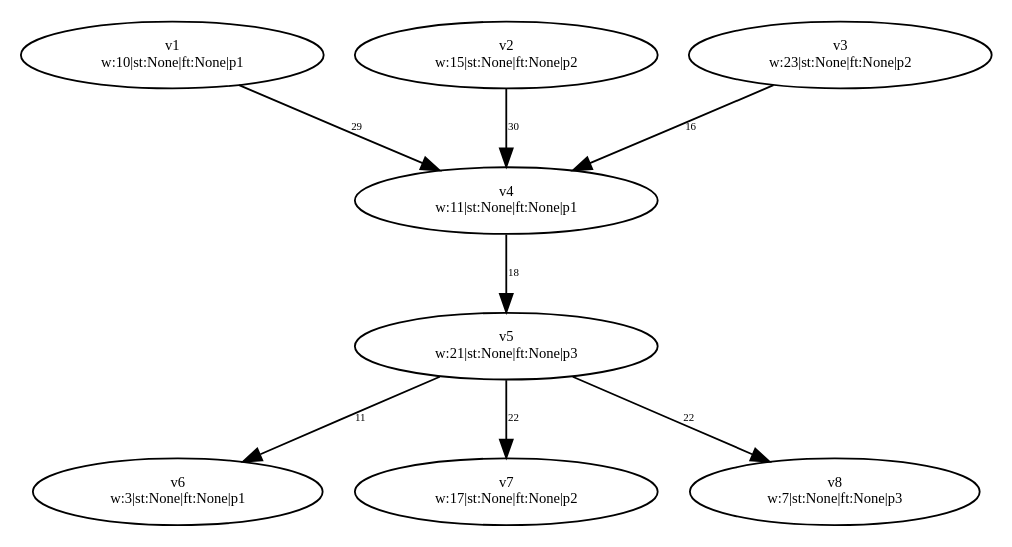
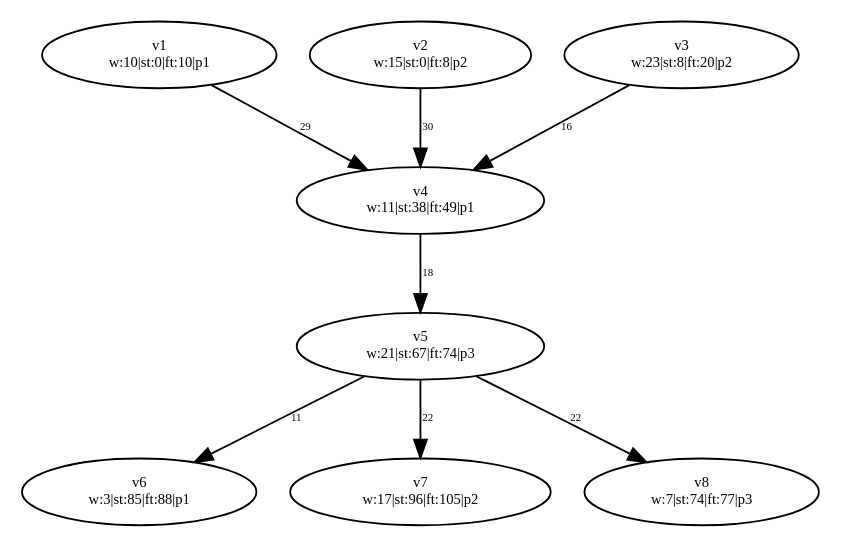
Before and after one commit to dexters1/Task-Scheduling-Based-on-Genetic-Algorithms: the diagram in PythonApplication1/PythonApplication1/test-output/slika_3.gv, drawn with Graphviz. The commit also changed 42 other files, not shown here.

Commit message:
Ostaje unitTestiranje za citav Graph i Processor module

```diff
--- a/PythonApplication1/PythonApplication1/test-output/slika_3.gv
+++ b/PythonApplication1/PythonApplication1/test-output/slika_3.gv
@@ -1,25 +1,25 @@
 digraph {
 	v1 [label="v1
-w:10|st:None|ft:None|p1" fontsize=8.0]
+w:10|st:0|ft:10|p1" fontsize=8.0]
 	v2 [label="v2
-w:15|st:None|ft:None|p2" fontsize=8.0]
+w:15|st:0|ft:8|p2" fontsize=8.0]
 	v3 [label="v3
-w:23|st:None|ft:None|p2" fontsize=8.0]
+w:23|st:8|ft:20|p2" fontsize=8.0]
 	v4 [label="v4
-w:11|st:None|ft:None|p1" fontsize=8.0]
+w:11|st:38|ft:49|p1" fontsize=8.0]
 	v5 [label="v5
-w:21|st:None|ft:None|p3" fontsize=8.0]
+w:21|st:67|ft:74|p3" fontsize=8.0]
 	v6 [label="v6
-w:3|st:None|ft:None|p1" fontsize=8.0]
+w:3|st:85|ft:88|p1" fontsize=8.0]
 	v7 [label="v7
-w:17|st:None|ft:None|p2" fontsize=8.0]
+w:17|st:96|ft:105|p2" fontsize=8.0]
 	v8 [label="v8
-w:7|st:None|ft:None|p3" fontsize=8.0]
+w:7|st:74|ft:77|p3" fontsize=8.0]
 	v1 -> v4 [label=29 constraint=true fontsize=6.0]
 	v2 -> v4 [label=30 constraint=true fontsize=6.0]
 	v3 -> v4 [label=16 constraint=true fontsize=6.0]
 	v4 -> v5 [label=18 constraint=true fontsize=6.0]
 	v5 -> v6 [label=11 constraint=true fontsize=6.0]
 	v5 -> v7 [label=22 constraint=true fontsize=6.0]
 	v5 -> v8 [label=22 constraint=true fontsize=6.0]
 }
```
